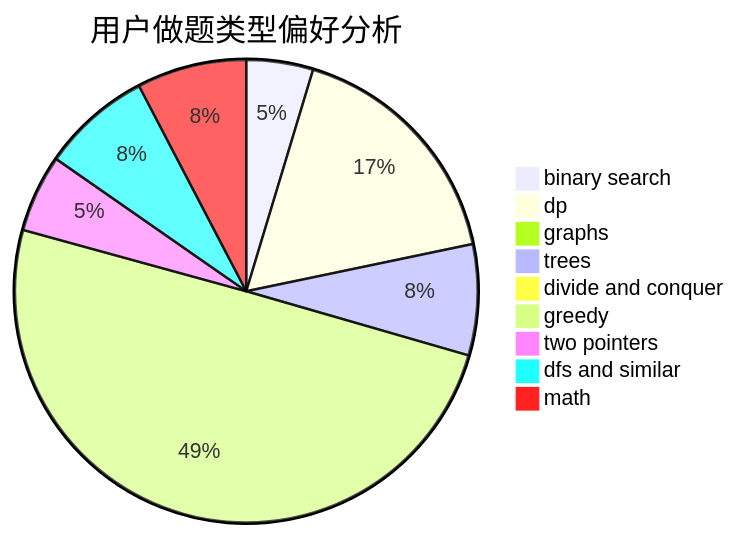
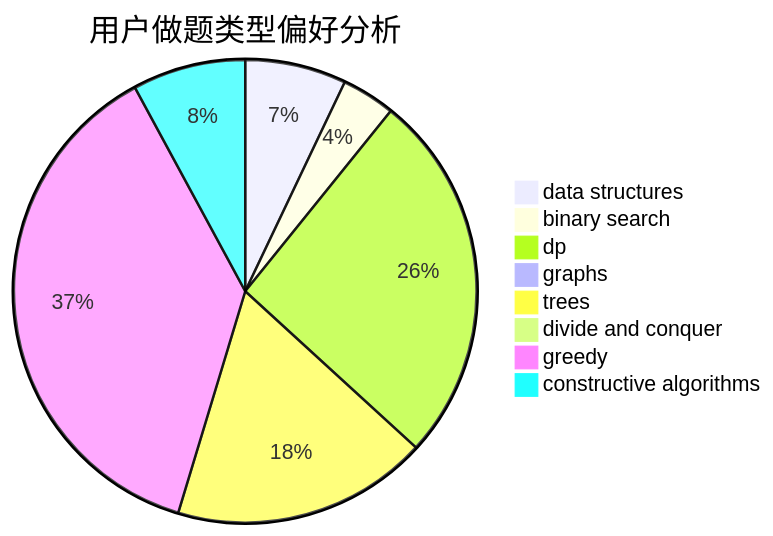
The second of 3 diagrams in docs/user/u2551.md (sherpahu/cfrs.github.io), drawn with Mermaid before and after one commit. The commit also changed other lines of this file and 2775 other files, not shown here.

````diff
--- a/docs/user/u2551.md
+++ b/docs/user/u2551.md
@@ -23,12 +23,11 @@
 ```mermaid
 pie title 用户做题类型偏好分析
-    "binary search" :  56
-    "dp" :  205
-    "graphs" :  5
-    "trees" :  93
-    "divide and conquer" :  7
-    "greedy" :  598
-    "two pointers" :  65
-    "dfs and similar" :  92
-    "math" :  92
+    "data structures" :  34
+    "binary search" :  18
+    "dp" :  125
+    "graphs" :  0
+    "trees" :  86
+    "divide and conquer" :  3
+    "greedy" :  180
+    "constructive algorithms" :  38
 ```
````
